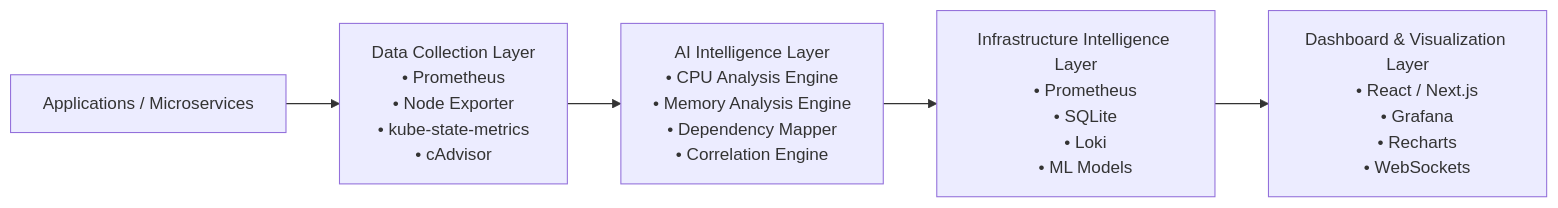
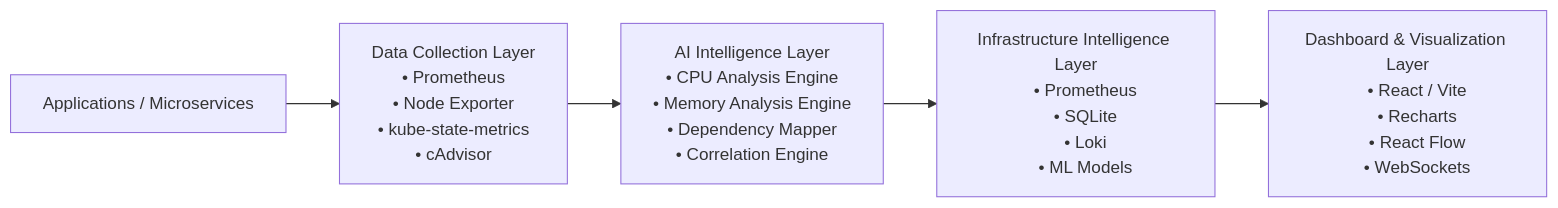
Before and after one commit to PodSageAI/PodSage-AI: the diagram in README.md, drawn with Mermaid. The commit also changed other lines of this file, not shown here.

````diff
--- a/README.md
+++ b/README.md
@@ -73,34 +75,34 @@
 ```mermaid
 flowchart LR
 
     A["Applications / Microservices"]
 
     B["Data Collection Layer
     • Prometheus
     • Node Exporter
     • kube-state-metrics
     • cAdvisor"]
 
     C["AI Intelligence Layer
     • CPU Analysis Engine
     • Memory Analysis Engine
     • Dependency Mapper
     • Correlation Engine"]
 
     D["Infrastructure Intelligence Layer
     • Prometheus
     • SQLite
     • Loki
     • ML Models"]
 
     E["Dashboard & Visualization Layer
-    • React / Next.js
-    • Grafana
+    • React / Vite
     • Recharts
+    • React Flow
     • WebSockets"]
 
     A --> B
     B --> C
     C --> D
     D --> E
 ```
````
